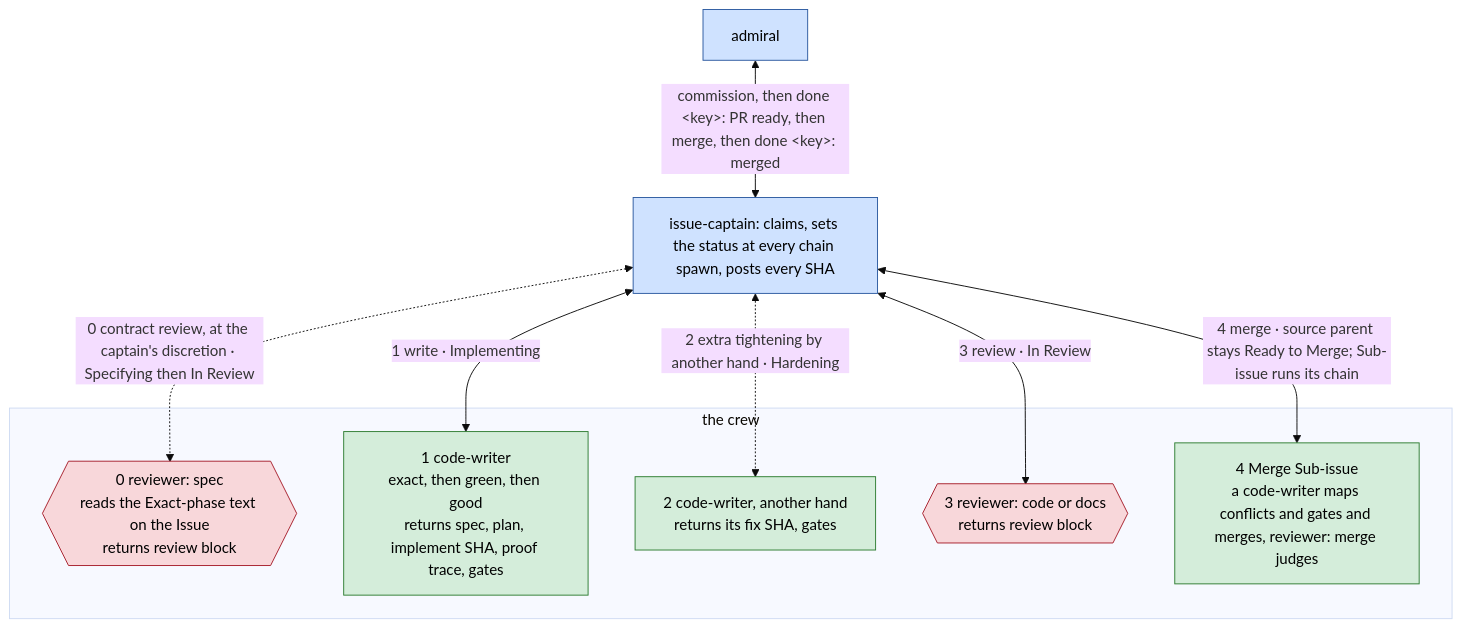
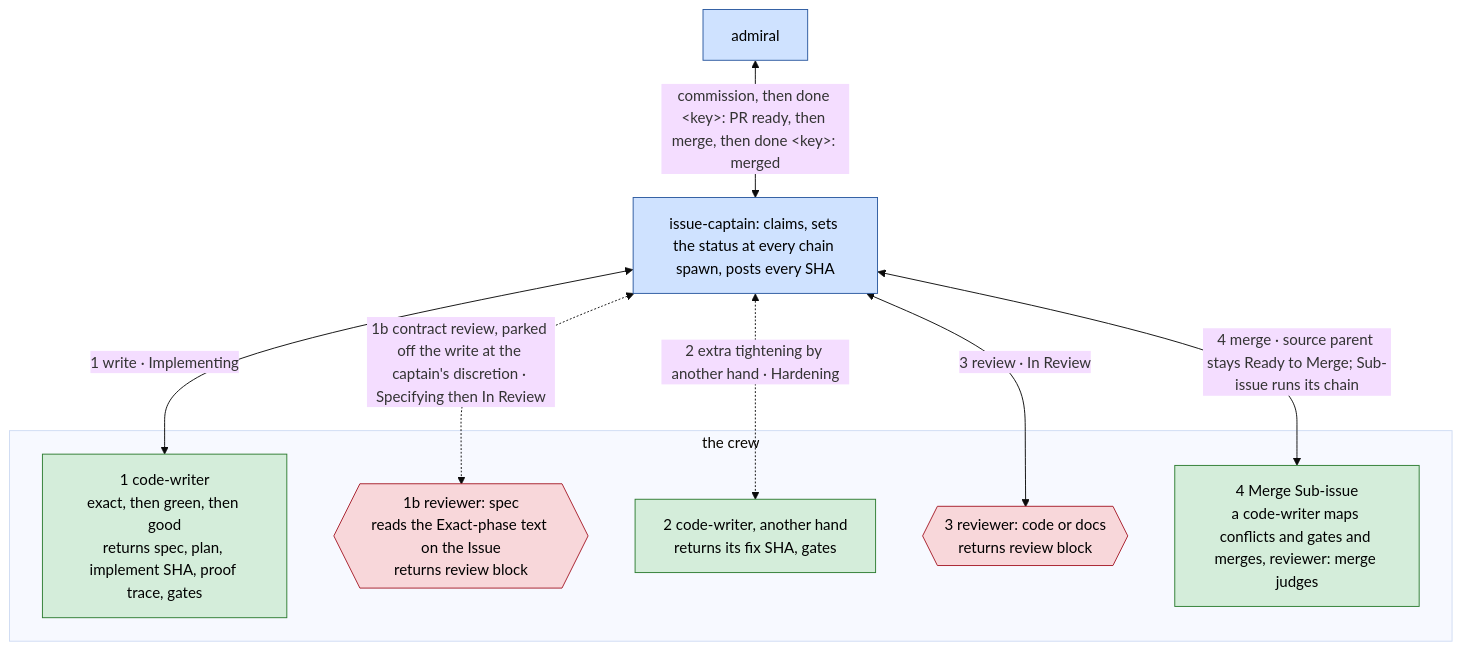
Before and after one commit to bodnarbalazs/dydo: the second of 12 diagrams in dydo/understand/control-flow.md, drawn with Mermaid (base theme). The commit also changed other lines of this file and 7 other files, not shown here.

````diff
--- a/dydo/understand/control-flow.md
+++ b/dydo/understand/control-flow.md
@@ -136,20 +136,20 @@
 ```mermaid
 flowchart TD
   classDef hat fill:#cfe2ff,stroke:#2c5aa0,color:#000
   classDef worker fill:#d4edda,stroke:#2e7d32,color:#000
   classDef reviewer fill:#f8d7da,stroke:#a71d2a,color:#000
 
   AD[admiral]:::hat <-->|"commission, then done &lt;key&gt;: PR ready, then merge, then done &lt;key&gt;: merged"| IC[issue-captain: claims, sets the status at every chain spawn, posts every SHA]:::hat
-  IC <-.->|"0 contract review, at the captain's discretion · Specifying then In Review"| RS
   IC <-->|"1 write · Implementing"| CW
+  IC <-.->|"1b contract review, parked off the write at the captain's discretion · Specifying then In Review"| RS
   IC <-.->|"2 extra tightening by another hand · Hardening"| HD
   IC <-->|"3 review · In Review"| RC
   IC <-->|"4 merge · source parent stays Ready to Merge; Sub-issue runs its chain"| MG
   subgraph CREW [the crew]
-    RS{{0 reviewer: spec<br>reads the Exact-phase text on the Issue<br>returns review block}}:::reviewer
     CW[1 code-writer<br>exact, then green, then good<br>returns spec, plan, implement SHA, proof trace, gates]:::worker
+    RS{{1b reviewer: spec<br>reads the Exact-phase text on the Issue<br>returns review block}}:::reviewer
     HD[2 code-writer, another hand<br>returns its fix SHA, gates]:::worker
     RC{{3 reviewer: code or docs<br>returns review block}}:::reviewer
     MG[4 Merge Sub-issue<br>a code-writer maps conflicts and gates and merges, reviewer: merge judges]:::worker
   end
 ```
````
